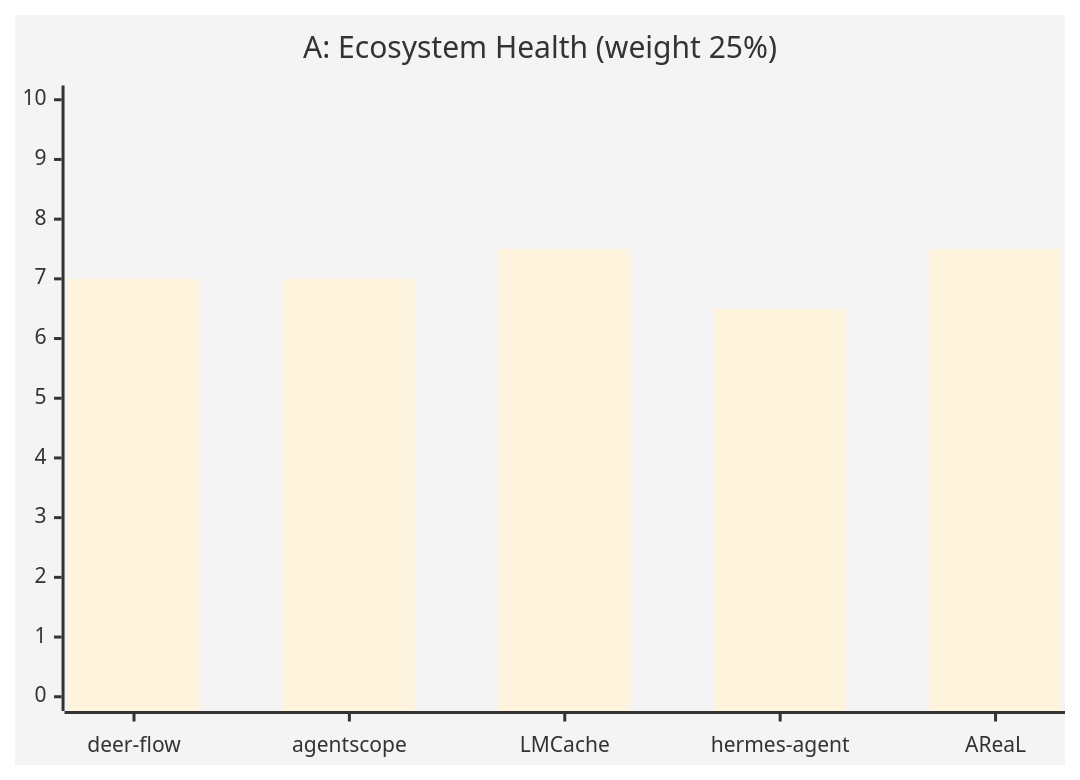
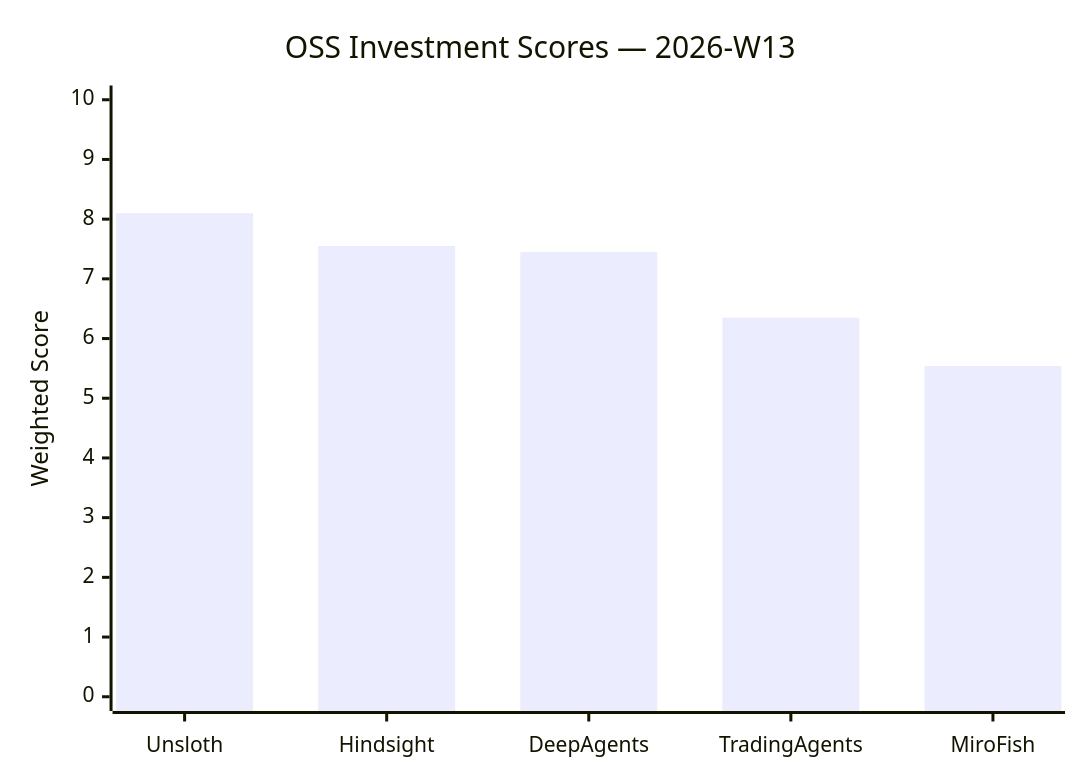
One commit to el09xccxy-stack/agentvc-index changed the first of 5 diagrams in README.md. Above: the diagram before and after it, drawn with Mermaid. The commit also changed other lines of this file, not shown here.

First line of the commit message:
Update README with W13 investment scores and charts

````diff
--- a/README.md
+++ b/README.md
@@ -66,8 +28,7 @@
 ```mermaid
-%%{init: {"theme": "base"}}%%
 xychart-beta
-    title "A: Ecosystem Health (weight 25%)"
-    x-axis ["deer-flow", "agentscope", "LMCache", "hermes-agent", "AReaL"]
-    y-axis 0 --> 10
-    bar [7.0, 7.0, 7.5, 6.5, 7.5]
+    title "OSS Investment Scores — 2026-W13"
+    x-axis ["Unsloth", "Hindsight", "DeepAgents", "TradingAgents", "MiroFish"]
+    y-axis "Weighted Score" 0 --> 10
+    bar [8.10, 7.55, 7.45, 6.35, 5.54]
 ```
````
